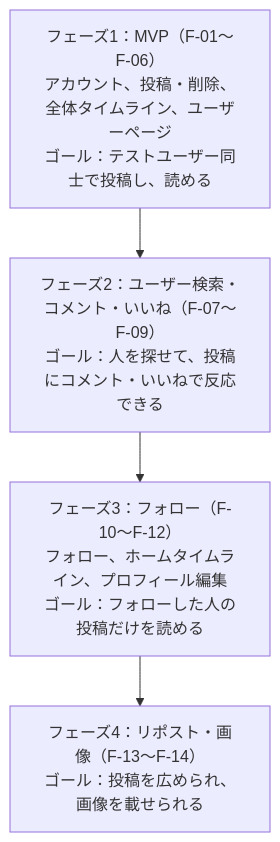
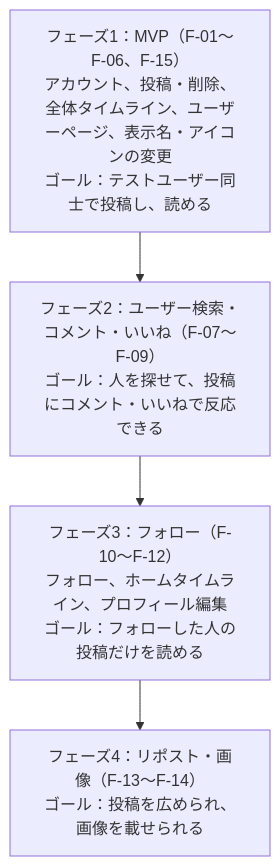
One commit to NakamuraKazki051/sns-app changed the diagram in docs/requirements.md. Above: the diagram before and after it, drawn with Mermaid. The commit also changed other lines of this file and 33 other files, not shown here.

````diff
--- a/docs/requirements.md
+++ b/docs/requirements.md
@@ -129,8 +135,8 @@
 ```mermaid
 flowchart TB
-    P1["フェーズ1：MVP（F-01〜F-06）<br/>アカウント、投稿・削除、全体タイムライン、ユーザーページ<br/>ゴール：テストユーザー同士で投稿し、読める"]
+    P1["フェーズ1：MVP（F-01〜F-06、F-15）<br/>アカウント、投稿・削除、全体タイムライン、ユーザーページ、表示名・アイコンの変更<br/>ゴール：テストユーザー同士で投稿し、読める"]
     P2["フェーズ2：ユーザー検索・コメント・いいね（F-07〜F-09）<br/>ゴール：人を探せて、投稿にコメント・いいねで反応できる"]
     P3["フェーズ3：フォロー（F-10〜F-12）<br/>フォロー、ホームタイムライン、プロフィール編集<br/>ゴール：フォローした人の投稿だけを読める"]
     P4["フェーズ4：リポスト・画像（F-13〜F-14）<br/>ゴール：投稿を広められ、画像を載せられる"]
     P1 --> P2 --> P3 --> P4
 ```
````
